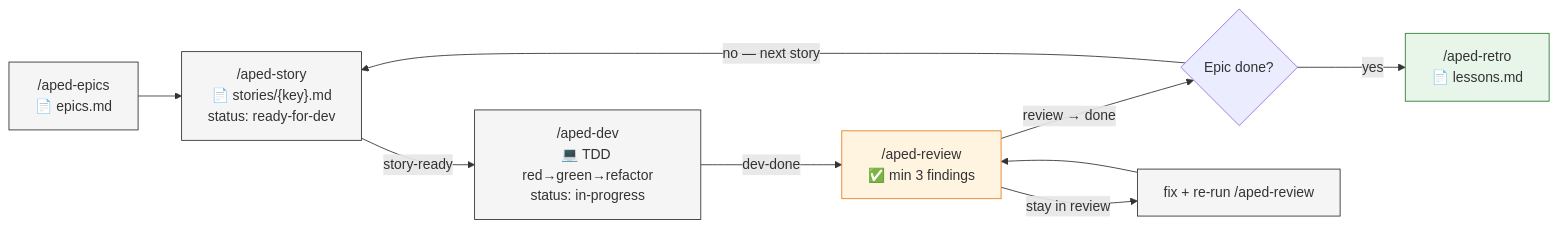
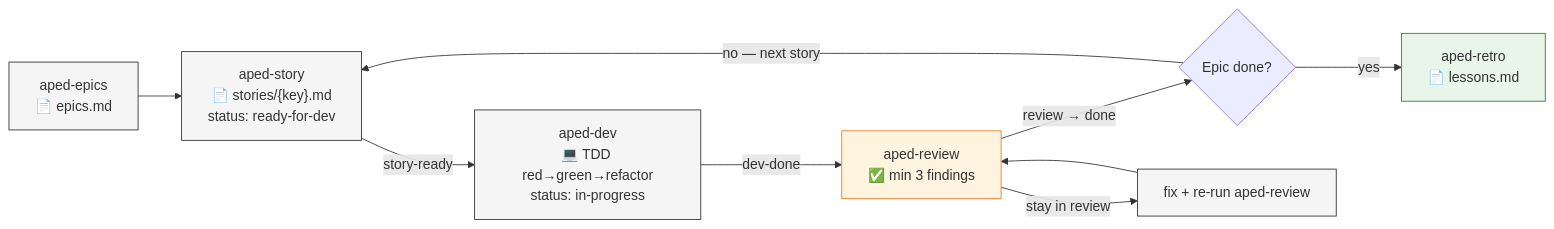
One commit to yabafre/aped-claude changed the second of 3 diagrams in docs/aped-workflow.md. Above: the diagram before and after it, drawn with Mermaid. The commit also changed other lines of this file and 9 other files, not shown here.

````diff
--- a/docs/aped-workflow.md
+++ b/docs/aped-workflow.md
@@ -59,18 +59,18 @@
 ```mermaid
 flowchart LR
-    EP["/aped-epics<br/>📄 epics.md"] --> ST["/aped-story<br/>📄 stories/{key}.md<br/>status: ready-for-dev"]
-    ST -->|story-ready| DEV["/aped-dev<br/>💻 TDD red→green→refactor<br/>status: in-progress"]
-    DEV -->|dev-done| RV["/aped-review<br/>✅ min 3 findings"]
+    EP["aped-epics<br/>📄 epics.md"] --> ST["aped-story<br/>📄 stories/{key}.md<br/>status: ready-for-dev"]
+    ST -->|story-ready| DEV["aped-dev<br/>💻 TDD red→green→refactor<br/>status: in-progress"]
+    DEV -->|dev-done| RV["aped-review<br/>✅ min 3 findings"]
     RV -->|review → done| LOOP{"Epic done?"}
-    RV -->|stay in review| FIX["fix + re-run /aped-review"]
+    RV -->|stay in review| FIX["fix + re-run aped-review"]
     FIX --> RV
     LOOP -->|no — next story| ST
-    LOOP -->|yes| RETRO["/aped-retro<br/>📄 lessons.md"]
+    LOOP -->|yes| RETRO["aped-retro<br/>📄 lessons.md"]
 
     classDef phase fill:#f5f5f5,stroke:#333
     classDef gate fill:#fff4e0,stroke:#e67e22
     classDef terminal fill:#e8f5e9,stroke:#2e7d32
     class EP,ST,DEV,FIX phase
     class RV gate
     class RETRO terminal
 ```
````
